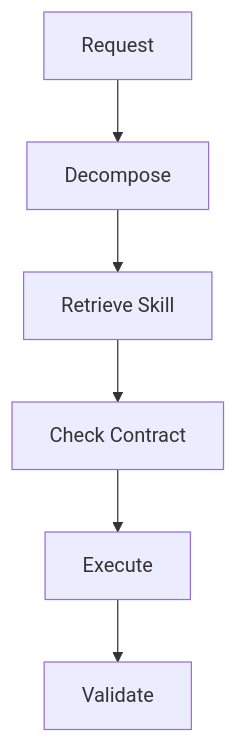
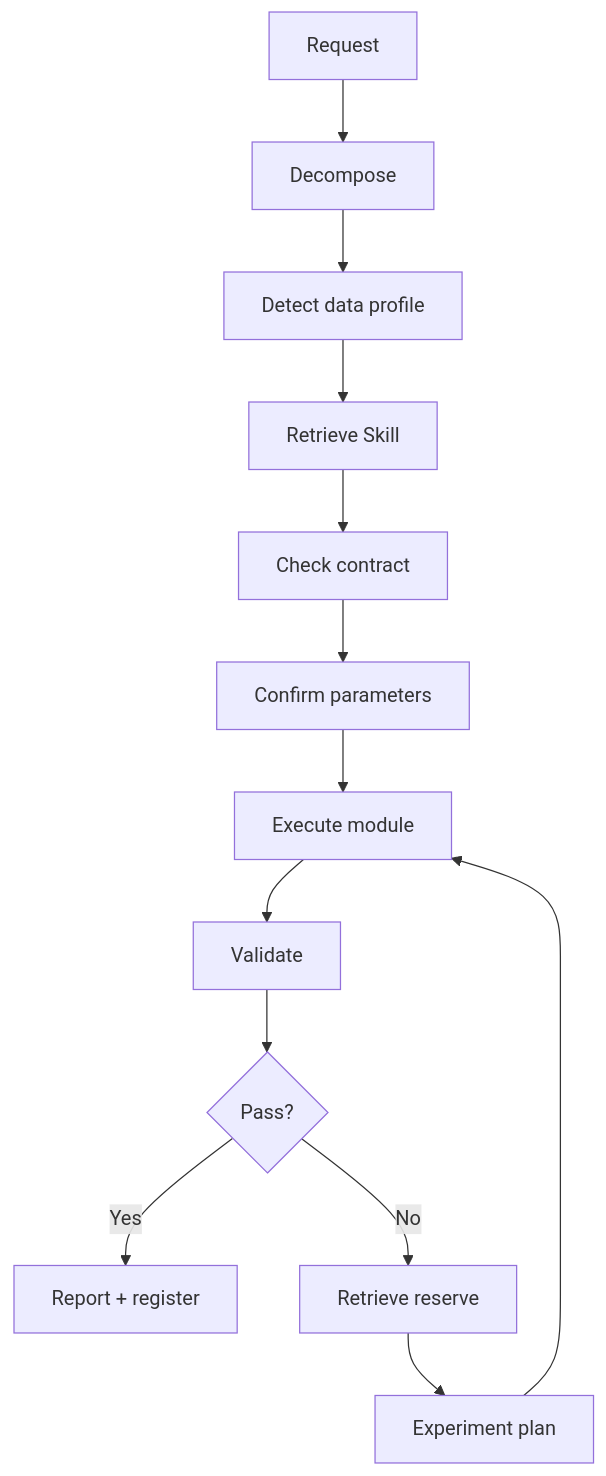
One commit to Chouner/domain-ai-portfolio changed the diagram in projects/02-agent-skill-algorithm-system/assets/agent-workflow.mmd. Above: the diagram before and after it, drawn with Mermaid. The commit also changed other lines of this file and 14 other files, not shown here.

```diff
--- a/projects/02-agent-skill-algorithm-system/assets/agent-workflow.mmd
+++ b/projects/02-agent-skill-algorithm-system/assets/agent-workflow.mmd
@@ -1,6 +1,13 @@
 flowchart TD
-    A[Request] --> B[Decompose]
-    B --> C[Retrieve Skill]
-    C --> D[Check Contract]
-    D --> E[Execute]
-    E --> F[Validate]
+    A["Request"] --> B["Decompose"]
+    B --> C["Detect data profile"]
+    C --> D["Retrieve Skill"]
+    D --> E["Check contract"]
+    E --> F["Confirm parameters"]
+    F --> G["Execute module"]
+    G --> H["Validate"]
+    H --> I{"Pass?"}
+    I -- "Yes" --> J["Report + register"]
+    I -- "No" --> K["Retrieve reserve"]
+    K --> L["Experiment plan"]
+    L --> G
```
